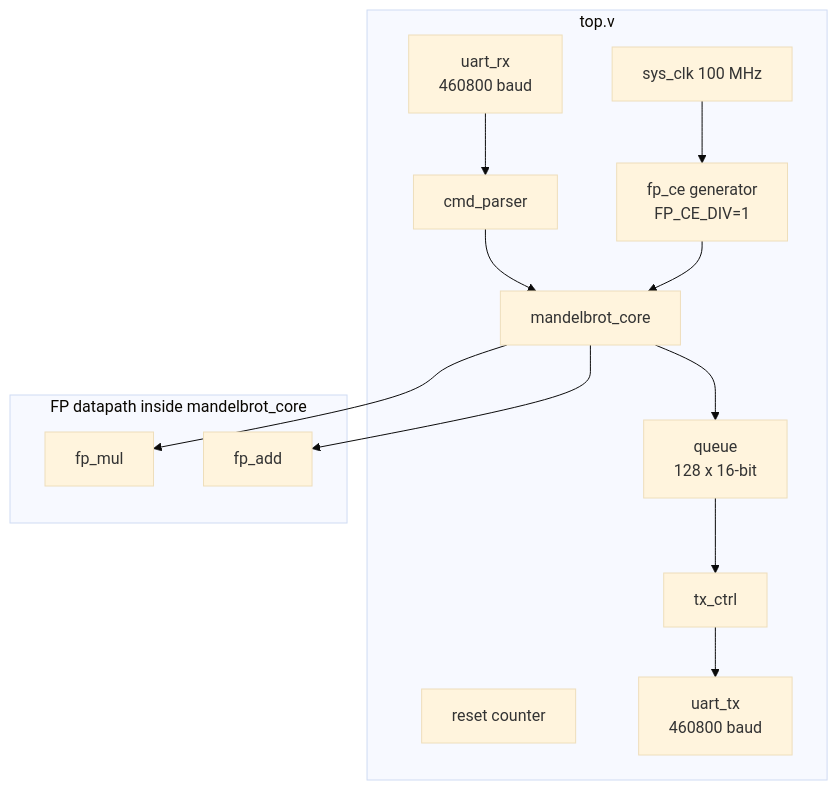
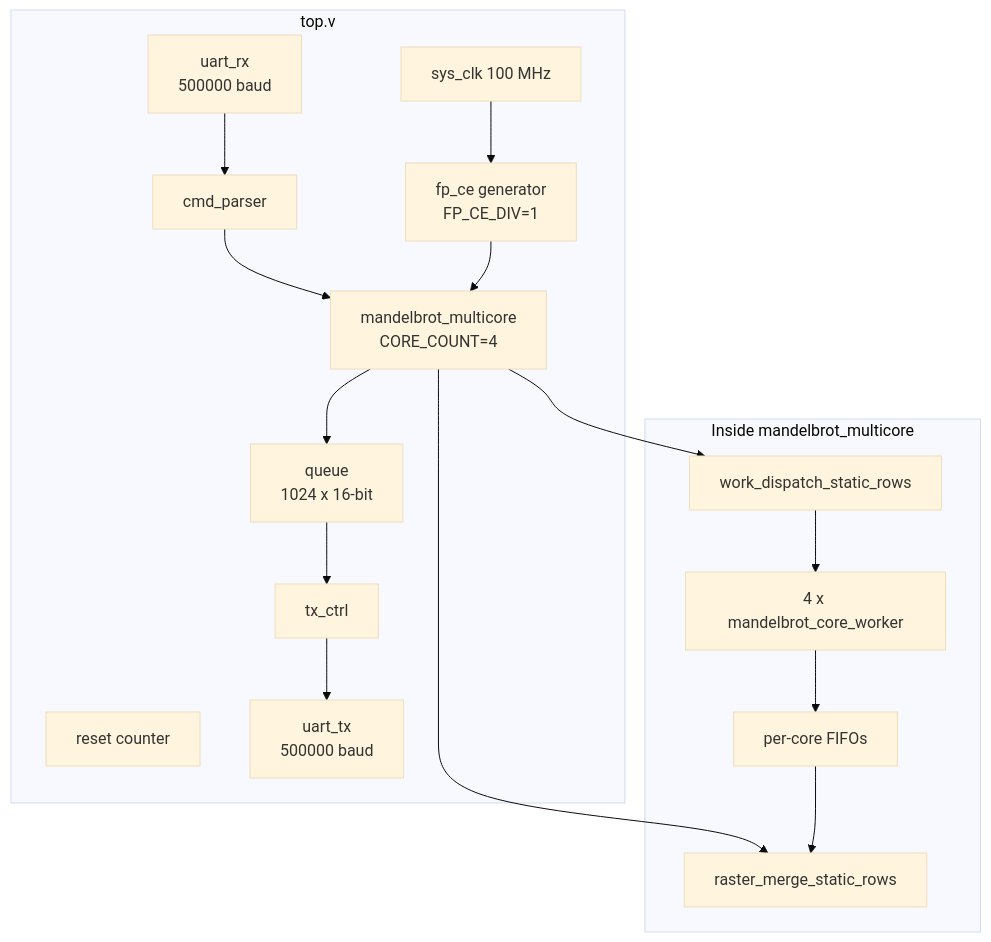
Before and after one commit to RESBI/FPGA-Mandelbrot-Demo: the second of 4 diagrams in README.md, drawn with Mermaid (base theme). The commit also changed other lines of this file and 13 other files, not shown here.

Commit message:
Implement 4-core Mandelbrot architecture

````diff
--- a/README.md
+++ b/README.md
@@ -83,26 +97,29 @@
 ```mermaid
 flowchart TB
     subgraph TOP[top.v]
         CLK[sys_clk 100 MHz] --> CE[fp_ce generator<br/>FP_CE_DIV=1]
         RST[reset counter]
 
-        URX[uart_rx<br/>460800 baud]
-        UTX[uart_tx<br/>460800 baud]
+        URX[uart_rx<br/>500000 baud]
+        UTX[uart_tx<br/>500000 baud]
         CMD[cmd_parser]
-        CORE[mandelbrot_core]
-        FIFO[queue<br/>128 x 16-bit]
+        CORE[mandelbrot_multicore<br/>CORE_COUNT=4]
+        FIFO[queue<br/>1024 x 16-bit]
         TXC[tx_ctrl]
 
         URX --> CMD
         CMD --> CORE
         CE --> CORE
         CORE --> FIFO
         FIFO --> TXC
         TXC --> UTX
     end
 
-    subgraph FP[FP datapath inside mandelbrot_core]
-        CORE --> FPM[fp_mul]
-        CORE --> FPA[fp_add]
+    subgraph MC[Inside mandelbrot_multicore]
+        CORE --> DISP[work_dispatch_static_rows]
+        CORE --> MERGE[raster_merge_static_rows]
+        DISP --> WORKERS[4 x mandelbrot_core_worker]
+        WORKERS --> CFIFO[per-core FIFOs]
+        CFIFO --> MERGE
     end
 ```
````
